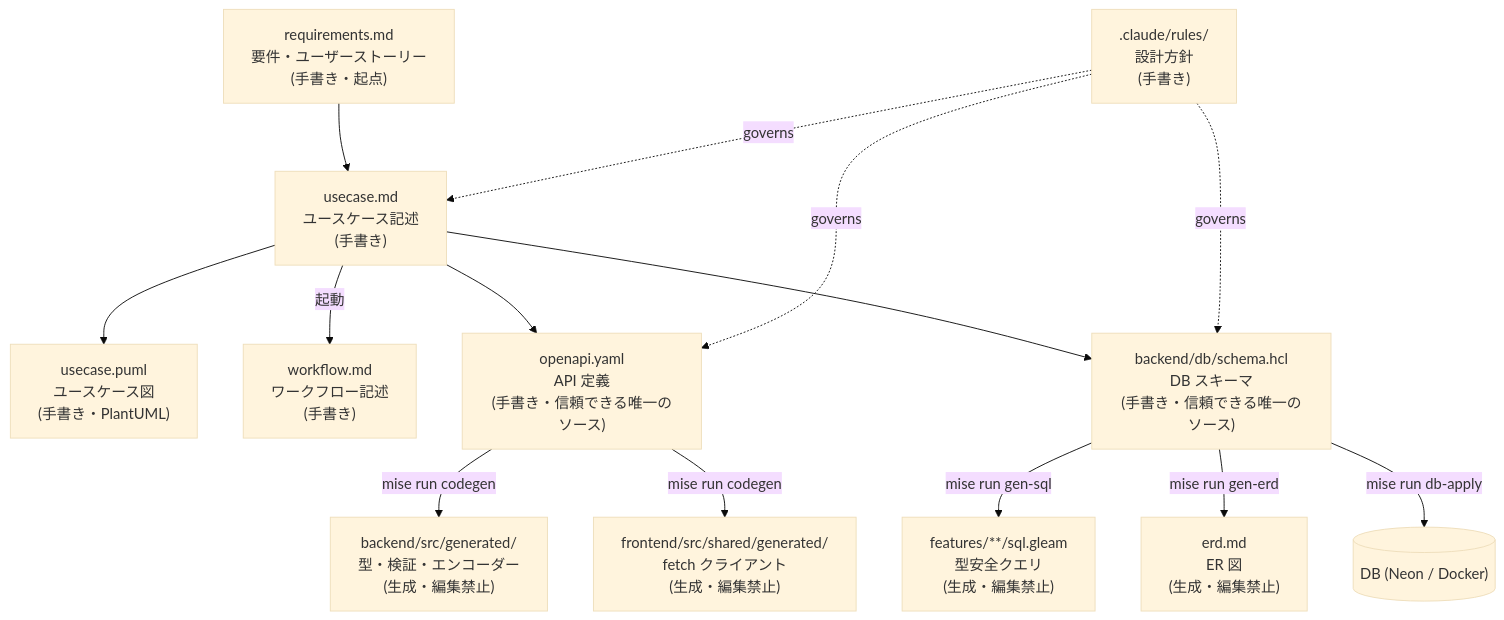
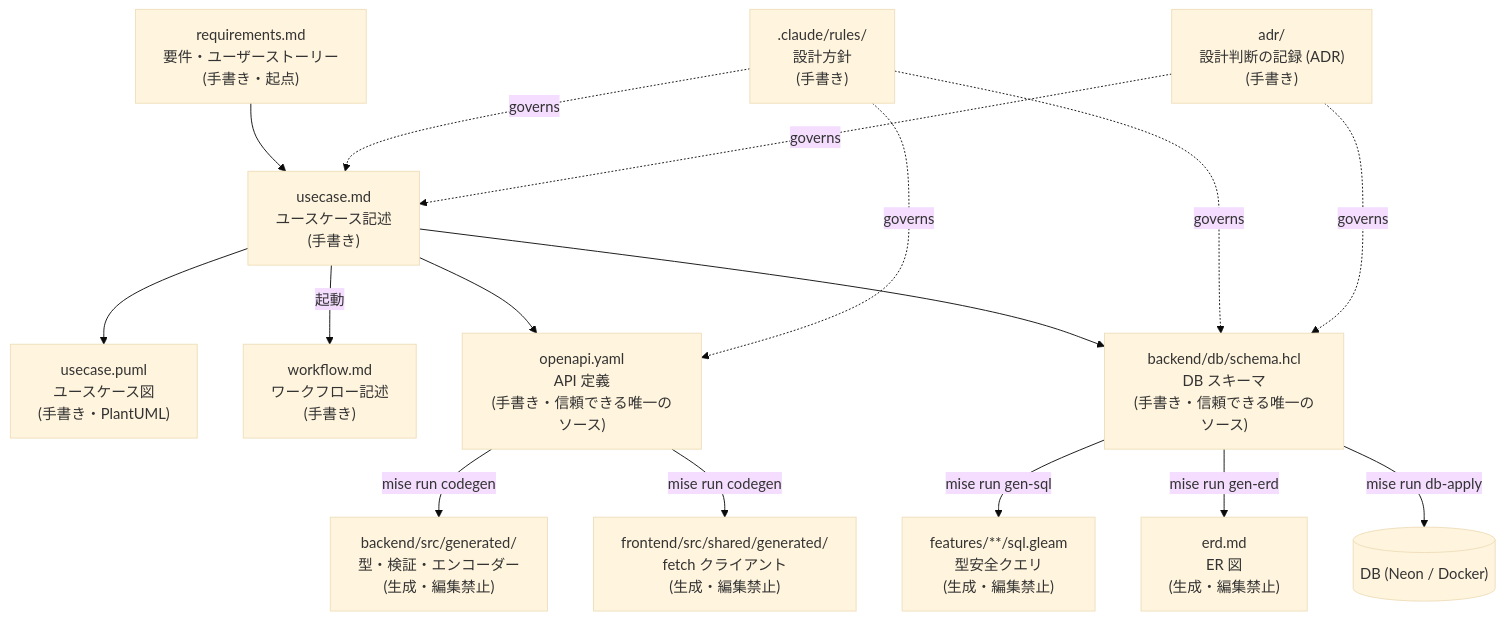
One commit to NabeKz/es-site changed the diagram in docs/README.md. Above: the diagram before and after it, drawn with Mermaid (base theme). The commit also changed other lines of this file and 2 other files, not shown here.

Commit message:
docs: 整合性ヒューリスティックを ADR 化し CLAUDE.md は決定だけ残す
一般論の判断軸はリポジトリに置いても指示として機能しないため、
決定（Amazon 方式）と経緯・再検討条件を ADR-0001 として記録し、
CLAUDE.md 設計思想には決定への参照だけを残す。

Claude-Session: https://claude.ai/code/session_01UmbSWZu6AdGWDueVDy8hAX

````diff
--- a/docs/README.md
+++ b/docs/README.md
@@ -8,33 +8,37 @@
 ```mermaid
 flowchart TD
     req["requirements.md<br/>要件・ユーザーストーリー<br/>(手書き・起点)"]
     uc["usecase.md<br/>ユースケース記述<br/>(手書き)"]
     uc_puml["usecase.puml<br/>ユースケース図<br/>(手書き・PlantUML)"]
     wf["workflow.md<br/>ワークフロー記述<br/>(手書き)"]
 
     api["openapi.yaml<br/>API 定義<br/>(手書き・信頼できる唯一のソース)"]
     schema["backend/db/schema.hcl<br/>DB スキーマ<br/>(手書き・信頼できる唯一のソース)"]
 
     gen_be["backend/src/generated/<br/>型・検証・エンコーダー<br/>(生成・編集禁止)"]
     gen_fe["frontend/src/shared/generated/<br/>fetch クライアント<br/>(生成・編集禁止)"]
     sql_gen["features/**/sql.gleam<br/>型安全クエリ<br/>(生成・編集禁止)"]
     erd["erd.md<br/>ER 図<br/>(生成・編集禁止)"]
     db[("DB (Neon / Docker)")]
 
     req --> uc
     uc --> uc_puml
     uc -->|起動| wf
     uc --> api
     uc --> schema
 
     api -->|mise run codegen| gen_be
     api -->|mise run codegen| gen_fe
     schema -->|mise run gen-sql| sql_gen
     schema -->|mise run gen-erd| erd
     schema -->|mise run db-apply| db
 
     rules[".claude/rules/<br/>設計方針<br/>(手書き)"]
     rules -.governs.-> uc
     rules -.governs.-> api
     rules -.governs.-> schema
+
+    adr["adr/<br/>設計判断の記録 (ADR)<br/>(手書き)"]
+    adr -.governs.-> uc
+    adr -.governs.-> schema
 ```
````
